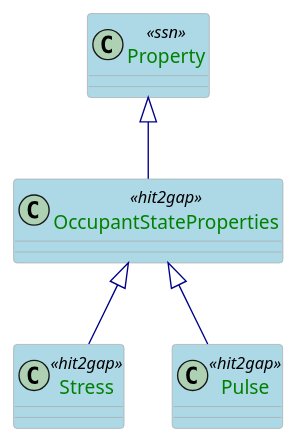
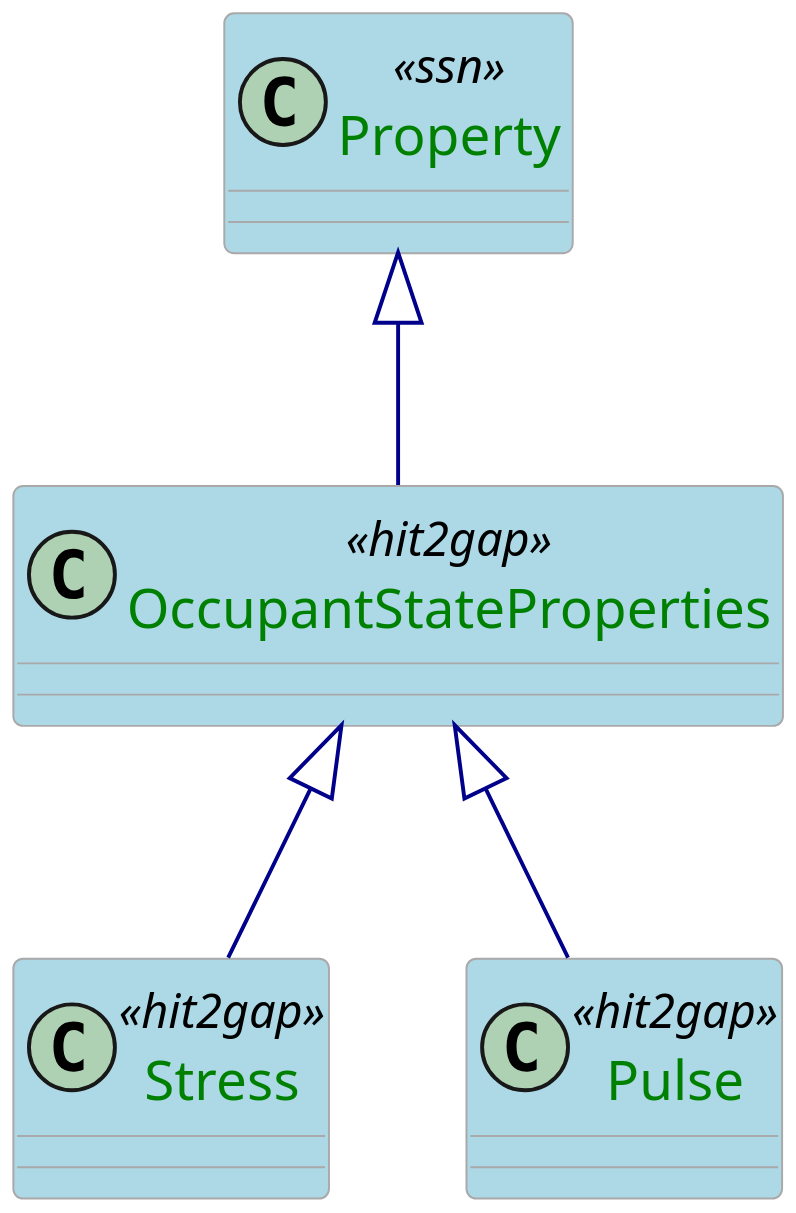
Before and after one commit to HIT2GAP-EU-PROJECT/BEMOnt: the diagram in docs/plantuml/OccupantStateProperties.puml, drawn with PlantUML. The commit also changed 12 other files, not shown here.

```diff
--- a/docs/plantuml/OccupantStateProperties.puml
+++ b/docs/plantuml/OccupantStateProperties.puml
@@ -1,31 +1,30 @@
 @startuml
 
-scale 0.35
 
 skinparam class {
   ArrowColor DarkBlue
   ArrowFontColor DarkBlue
   BackgroundColor LightBlue
   BorderColor DarkGrey
 }
 
 skinparam dpi 300
 skinparam stereotypeCBackgroundColor Wheat
 skinparam classAttributeFontColor  Green
 
 
 class Property <<ssn>>
 
 class OccupantStateProperties <<hit2gap>>
 
 class Stress <<hit2gap>>
 class Pulse <<hit2gap>>
 
 Property <|-- OccupantStateProperties
 
 
 OccupantStateProperties <|-- Stress 
 OccupantStateProperties <|-- Pulse
 
 
 @enduml
```
